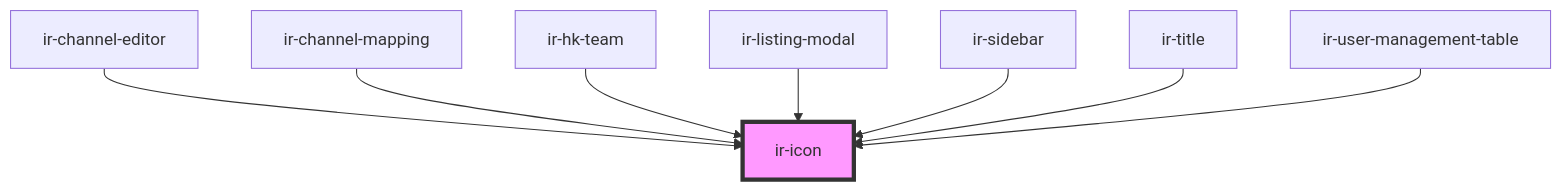
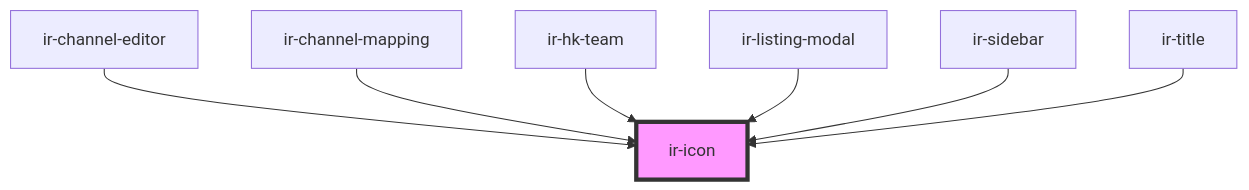
One commit to RonyRizk/ir-webcmp changed the diagram in src/components/ui/ir-icon/readme.md. Above: the diagram before and after it, drawn with Mermaid. The commit also changed other lines of this file and 45 other files, not shown here.

````diff
--- a/src/components/ui/ir-icon/readme.md
+++ b/src/components/ui/ir-icon/readme.md
@@ -36,11 +35,10 @@
 ```mermaid
 graph TD;
   ir-channel-editor --> ir-icon
   ir-channel-mapping --> ir-icon
   ir-hk-team --> ir-icon
   ir-listing-modal --> ir-icon
   ir-sidebar --> ir-icon
   ir-title --> ir-icon
-  ir-user-management-table --> ir-icon
   style ir-icon fill:#f9f,stroke:#333,stroke-width:4px
 ```
````
